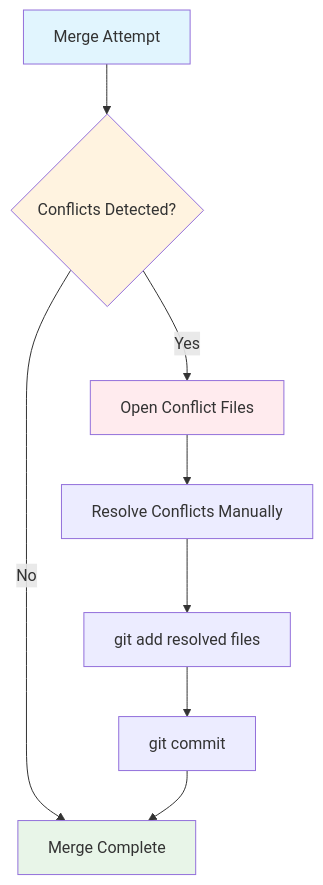
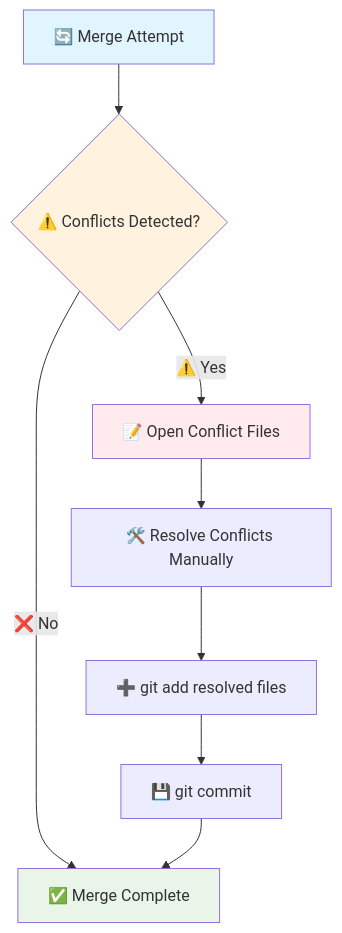
The third of 6 diagrams in README.md (thetorangi/all-about-git), drawn with Mermaid before and after one commit. The commit also changed other lines of this file, not shown here.

````diff
--- a/README.md
+++ b/README.md
@@ -237,15 +237,15 @@
 ```mermaid
 flowchart TD
-    A[Merge Attempt] --> B{Conflicts Detected?}
-    B -->|No| C[Merge Complete]
-    B -->|Yes| D[Open Conflict Files]
-    D --> E[Resolve Conflicts Manually]
-    E --> F[git add resolved files]
-    F --> G[git commit]
+    A[🔄 Merge Attempt] --> B{⚠️ Conflicts Detected?}
+    B -->|❌ No| C[✅ Merge Complete]
+    B -->|⚠️ Yes| D[📝 Open Conflict Files]
+    D --> E[🛠️ Resolve Conflicts Manually]
+    E --> F[➕ git add resolved files]
+    F --> G[💾 git commit]
     G --> C
     
     style A fill:#e1f5fe
     style B fill:#fff3e0
     style C fill:#e8f5e8
     style D fill:#ffebee
 ```
````
